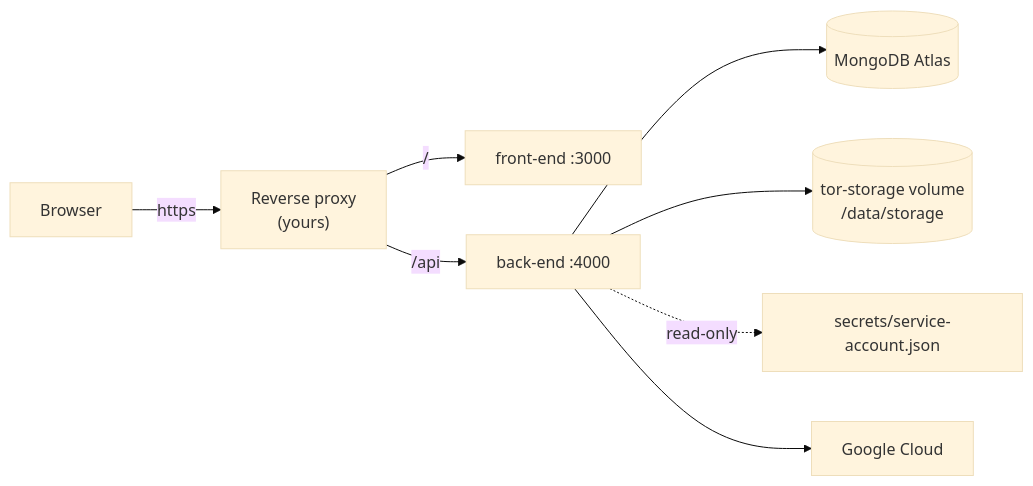
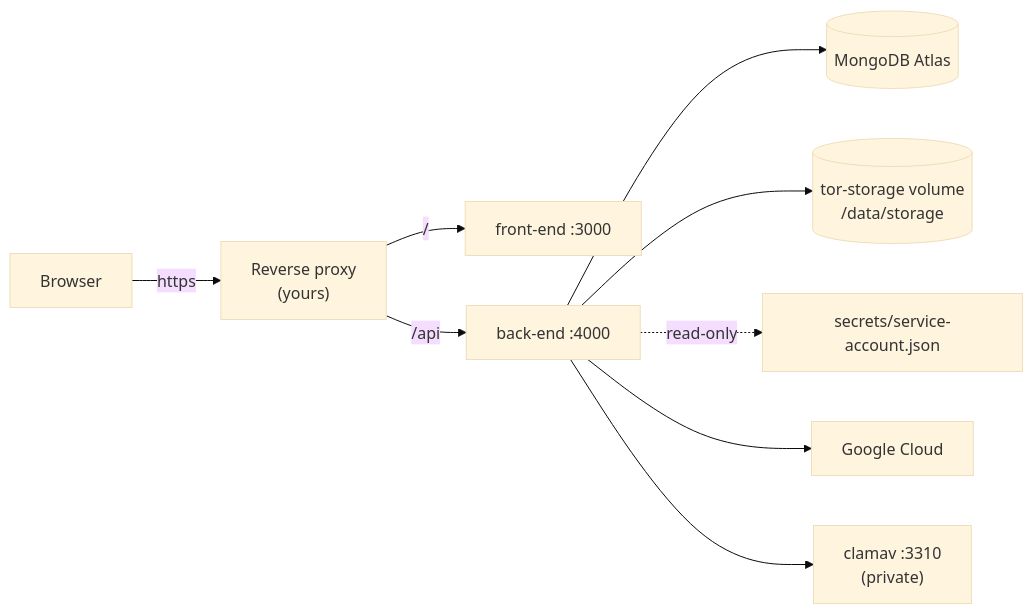
One commit to KUINFOT/City_Of_Software changed the diagram in docs/deployment.md. Above: the diagram before and after it, drawn with Mermaid (base theme). The commit also changed other lines of this file and 16 other files, not shown here.

````diff
--- a/docs/deployment.md
+++ b/docs/deployment.md
@@ -20,10 +21,11 @@
 ```mermaid
 flowchart LR
     U["Browser"] -->|"https"| P["Reverse proxy<br/>(yours)"]
     P -->|"/"| F["front-end :3000"]
     P -->|"/api"| B["back-end :4000"]
     B --> A[("MongoDB Atlas")]
     B --> V[("tor-storage volume<br/>/data/storage")]
     B -.->|"read-only"| S["secrets/service-account.json"]
     B --> G["Google Cloud"]
+    B --> C["clamav :3310<br/>(private)"]
 ```
````
